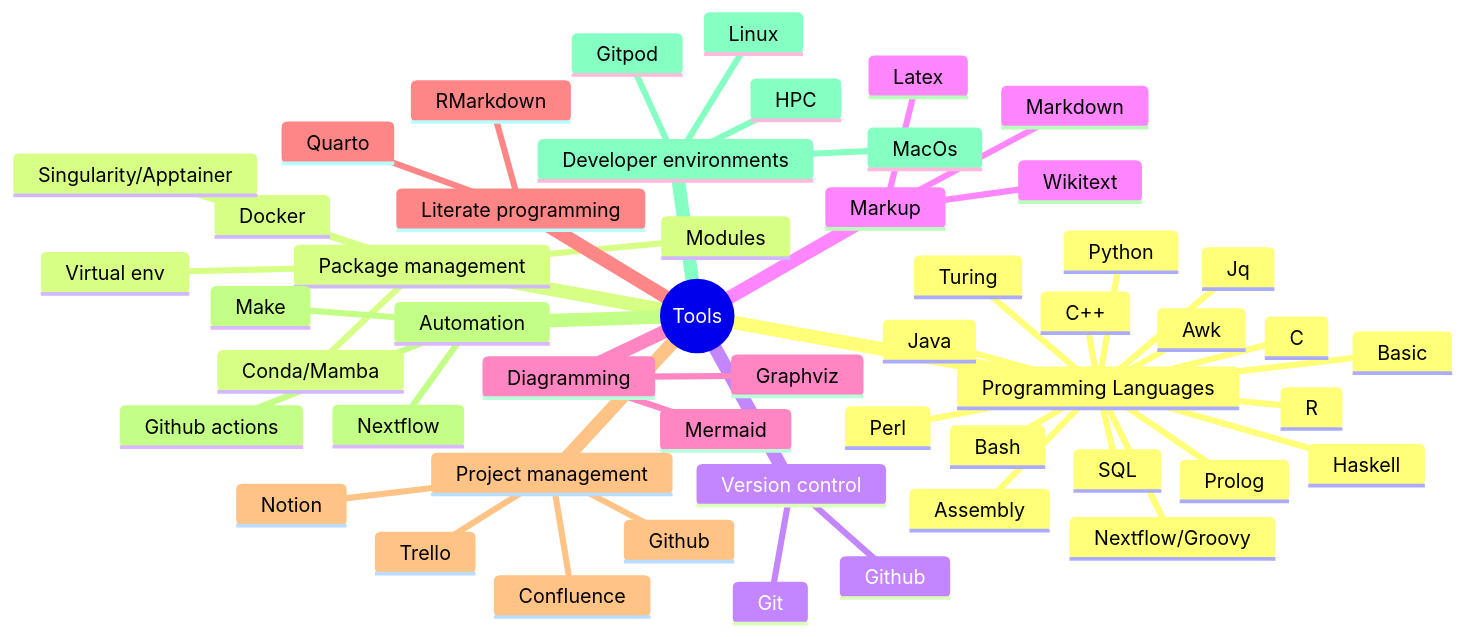
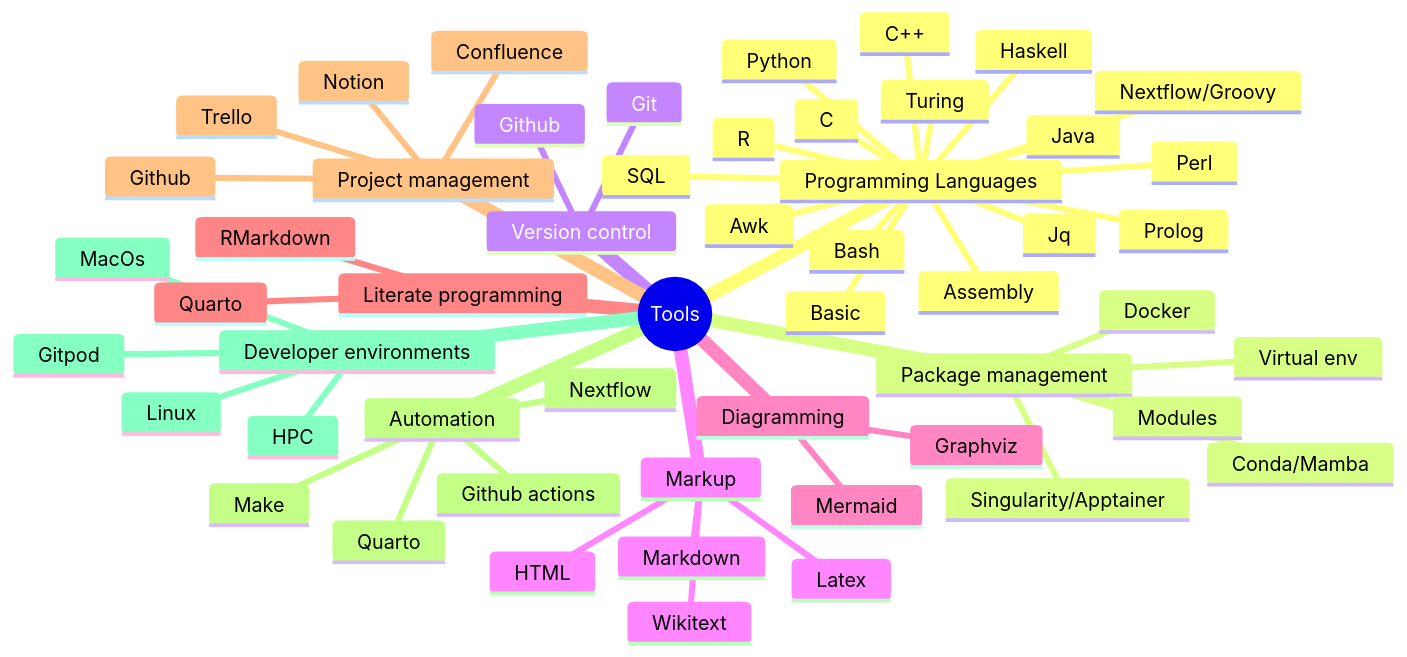
The diagram in README.md (mahesh-panchal/mahesh-panchal), drawn with Mermaid before and after one commit.

Commit message:
Update mindmap

````diff
--- a/README.md
+++ b/README.md
@@ -55,54 +55,56 @@
 ```mermaid
 mindmap
   root((Tools))
     Programming Languages
       Bash
       Awk
       Nextflow/Groovy
       R
       Perl
       SQL
       Jq
       Python
       Haskell
       Turing
       Assembly
       Prolog
       Java
       C
       C++
       Basic
     Package management
       Conda/Mamba
       Docker
       Singularity/Apptainer
       Virtual env
       Modules
     Version control
       Git
       Github
     Markup
       Markdown
       Latex
       Wikitext
+      HTML
     Diagramming
       Mermaid
       Graphviz
     Literate programming
       Quarto
       RMarkdown
     Project management
       Github
       Trello
       Confluence
       Notion
     Automation
       Github actions
       Make
       Nextflow
+      Quarto
     Developer environments
       MacOs
       Linux
       Gitpod
       HPC
 ```
````
